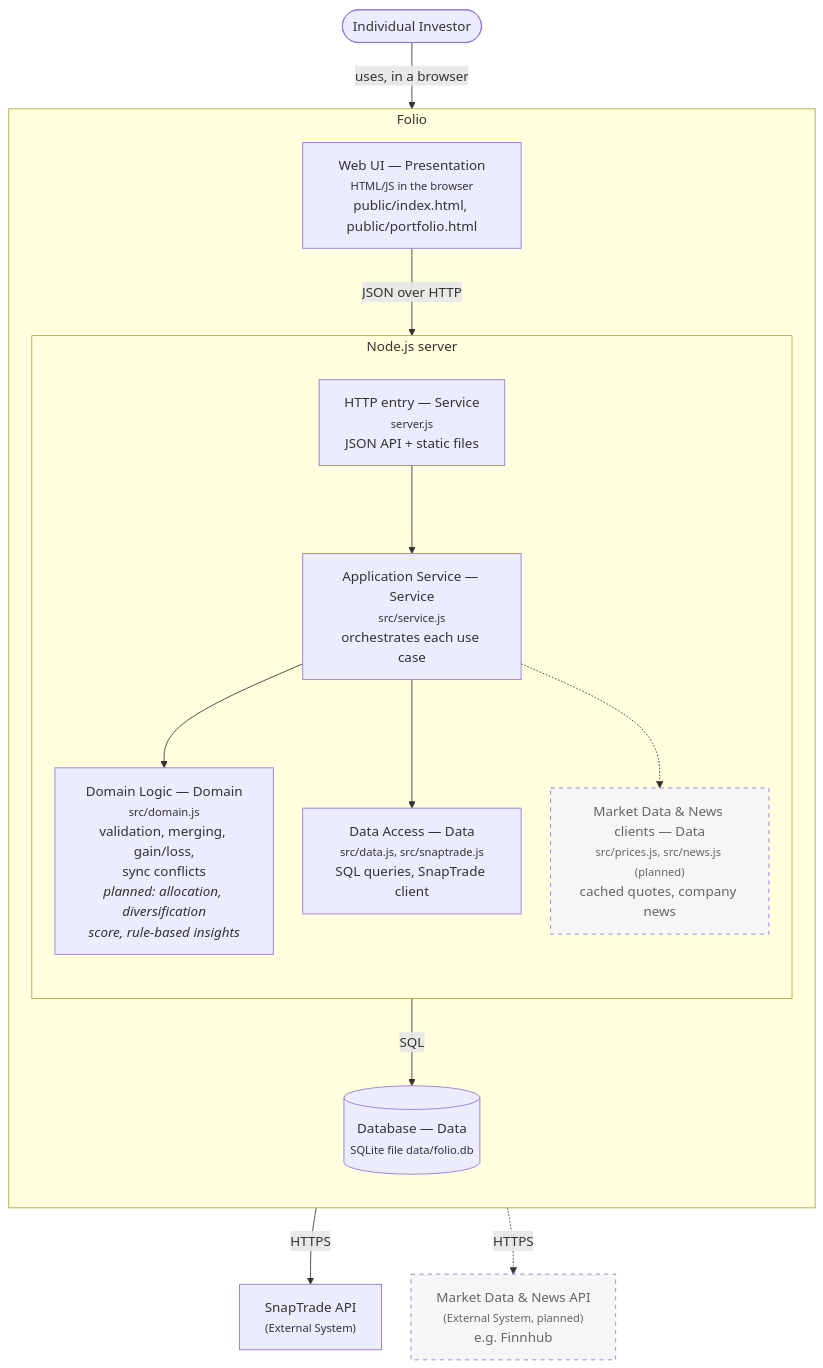
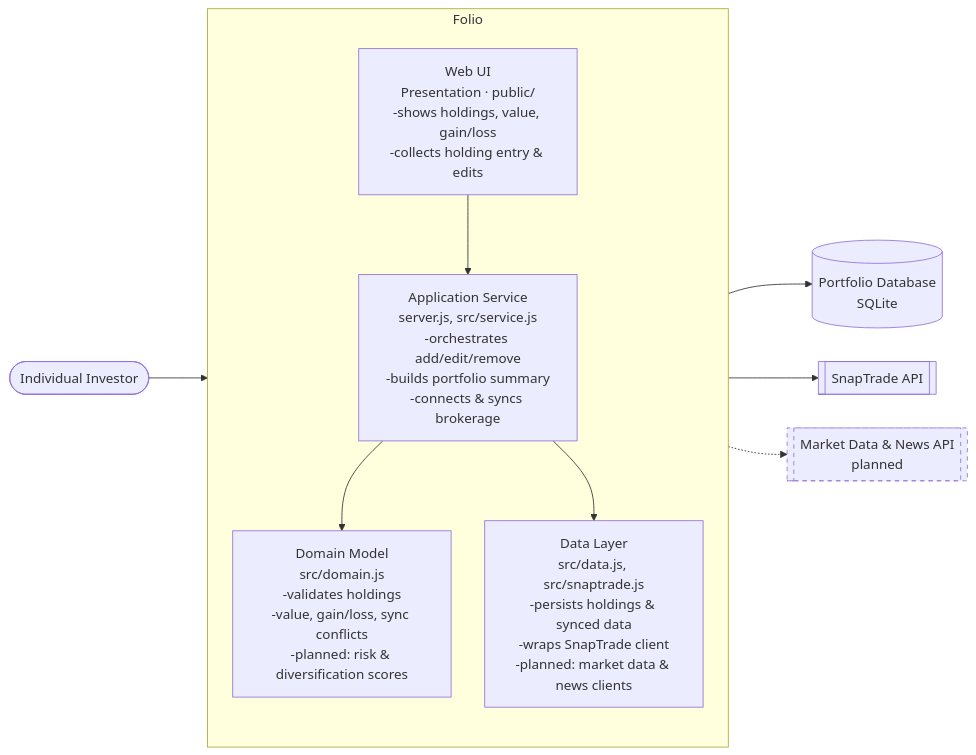
Before and after one commit to dquin144/cen5064-project-quinones: the second of 5 diagrams in README.md, drawn with Mermaid. The commit also changed other lines of this file, not shown here.

First line of the commit message:
Simplify diagrams and show planned features

````diff
--- a/README.md
+++ b/README.md
@@ -132,35 +125,27 @@
 ```mermaid
-%%{init: {'flowchart': {'nodeSpacing': 35, 'rankSpacing': 55, 'curve': 'basis'}}}%%
-flowchart TB
-    user(["Individual Investor"])
+%%{init: {'flowchart': {'nodeSpacing': 40, 'rankSpacing': 70, 'curve': 'basis'}}}%%
+flowchart LR
+    user([Individual Investor])
 
-    subgraph folio [Folio]
+    subgraph System [Folio]
         direction TB
-        ui["Web UI — Presentation<br/><small>HTML/JS in the browser</small><br/>public/index.html, public/portfolio.html"]
-        subgraph server [Node.js server]
-            direction TB
-            http["HTTP entry — Service<br/><small>server.js</small><br/>JSON API + static files"]
-            service["Application Service — Service<br/><small>src/service.js</small><br/>orchestrates each use case"]
-            domain["Domain Logic — Domain<br/><small>src/domain.js</small><br/>validation, merging, gain/loss,<br/>sync conflicts<br/><i>planned: allocation, diversification<br/>score, rule-based insights</i>"]
-            data["Data Access — Data<br/><small>src/data.js, src/snaptrade.js</small><br/>SQL queries, SnapTrade client"]
-            dataPlanned["Market Data & News clients — Data<br/><small>src/prices.js, src/news.js (planned)</small><br/>cached quotes, company news"]
-        end
-        db[("Database — Data<br/><small>SQLite file data/folio.db</small>")]
+        ui[Web UI<br/>Presentation · public/<br/>-shows holdings, value, gain/loss<br/>-collects holding entry & edits]
+        service[Application Service<br/>server.js, src/service.js<br/>-orchestrates add/edit/remove<br/>-builds portfolio summary<br/>-connects & syncs brokerage]
+        domain[Domain Model<br/>src/domain.js<br/>-validates holdings<br/>-value, gain/loss, sync conflicts<br/>-planned: risk & diversification scores]
+        data[Data Layer<br/>src/data.js, src/snaptrade.js<br/>-persists holdings & synced data<br/>-wraps SnapTrade client<br/>-planned: market data & news clients]
+        ui --> service --> domain
+        service --> data
     end
 
-    snaptrade["SnapTrade API<br/><small>(External System)</small>"]
-    market["Market Data & News API<br/><small>(External System, planned)</small><br/>e.g. Finnhub"]
+    db[(Portfolio Database<br/>SQLite)]
+    snaptrade[[SnapTrade API]]
+    market[[Market Data & News API<br/>planned]]
 
-    user -->|uses, in a browser| ui
-    ui -->|JSON over HTTP| http
-    http --> service
-    service --> domain
-    service --> data
-    data -->|SQL| db
-    data -->|HTTPS| snaptrade
-    service -.-> dataPlanned
-    dataPlanned -.->|HTTPS| market
+    user --> ui
+    data --> db
+    data --> snaptrade
+    data -.-> market
 
-    classDef planned stroke-dasharray: 5 5,fill:#f6f6f6,color:#666
-    class dataPlanned,market planned
+    classDef planned stroke-dasharray: 5 5
+    class market planned
 ```
````
